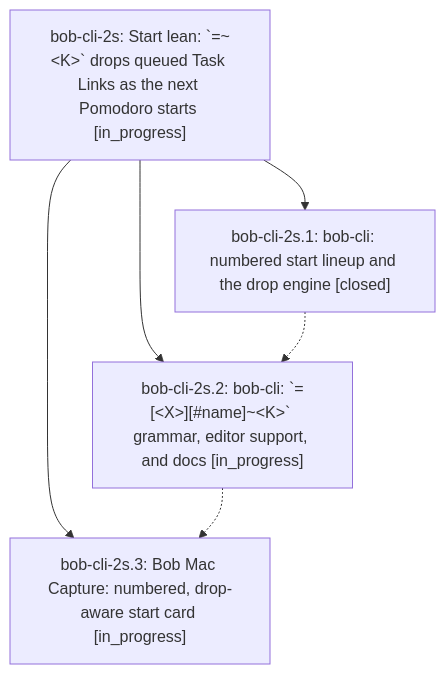
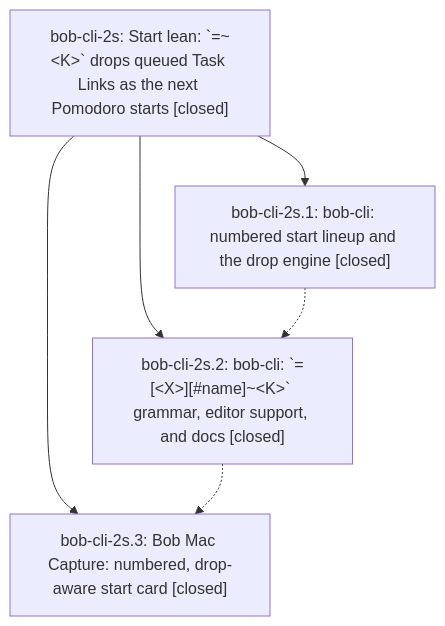
Before and after one commit to bobs-org/bob-cli--beads: the diagram in pages/bob-cli-2s/README.md, drawn with Mermaid. The commit also changed other lines of this file and 3 other files, not shown here.

First line of the commit message:
chore(beads): sync bead state and pages for bob-cli-2s

````diff
--- a/pages/bob-cli-2s/README.md
+++ b/pages/bob-cli-2s/README.md
@@ -24,12 +28,12 @@
 ```mermaid
 flowchart TD
-    n0["bob-cli-2s: Start lean: `=~&lt;K&gt;` drops queued Task Links as the next Pomodoro starts [in_progress]"]
+    n0["bob-cli-2s: Start lean: `=~&lt;K&gt;` drops queued Task Links as the next Pomodoro starts [closed]"]
     n1["bob-cli-2s.1: bob-cli: numbered start lineup and the drop engine [closed]"]
-    n2["bob-cli-2s.2: bob-cli: `=[&lt;X&gt;][#name]~&lt;K&gt;` grammar, editor support, and docs [in_progress]"]
-    n3["bob-cli-2s.3: Bob Mac Capture: numbered, drop-aware start card [in_progress]"]
+    n2["bob-cli-2s.2: bob-cli: `=[&lt;X&gt;][#name]~&lt;K&gt;` grammar, editor support, and docs [closed]"]
+    n3["bob-cli-2s.3: Bob Mac Capture: numbered, drop-aware start card [closed]"]
     n0 --> n1
     n0 --> n2
     n0 --> n3
     n1 -.-> n2
     n2 -.-> n3
 ```
````
